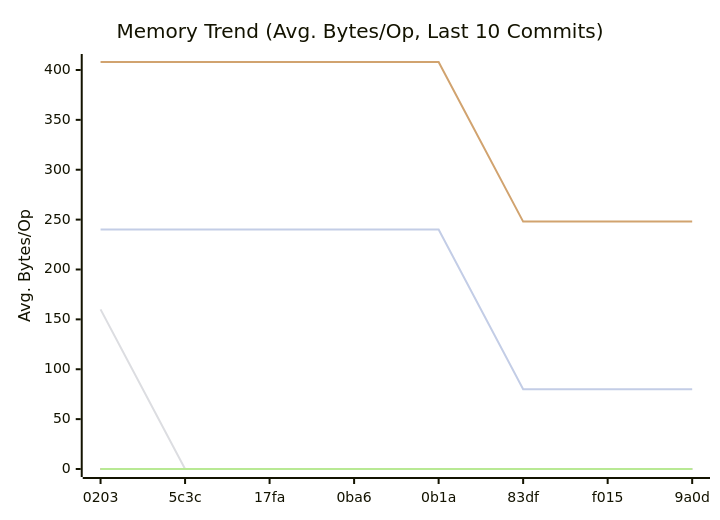
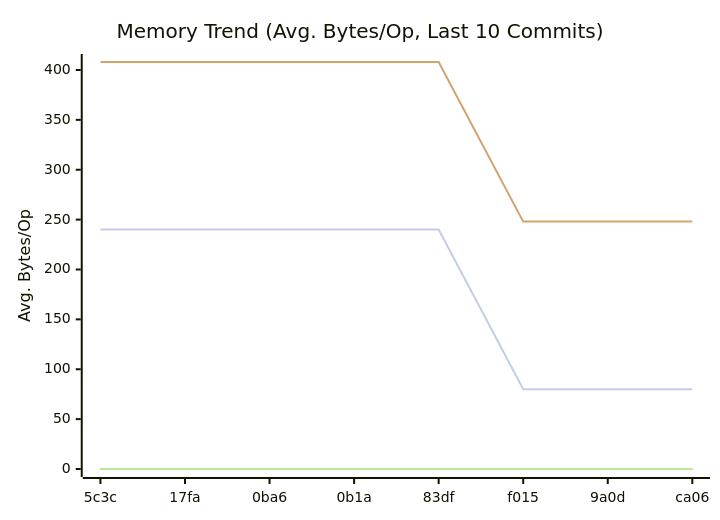
The second of 3 diagrams in docs/README.md (alsotoes/momo), drawn with Mermaid before and after one commit. The commit also changed other lines of this file and 1 other file, not shown here.

````diff
--- a/docs/README.md
+++ b/docs/README.md
@@ -203,14 +203,14 @@
 ```mermaid
 xychart-beta
     title "Memory Trend (Avg. Bytes/Op, Last 10 Commits)"
     x-axis "Commit"
     y-axis "Avg. Bytes/Op"
-    x-axis [0203,5c3c,17fa,0ba6,0b1a,83df,f015,9a0d]
+    x-axis [5c3c,17fa,0ba6,0b1a,83df,f015,9a0d,ca06]
     line "CheckMetricsAndSwap" [0,0,0,0,0,0,0,0,0,0]
     line "IndexDirectTracking" [0,0,0,0,0,0,0,0,0,0]
     line "IndexSearch" [0,0,0,0,0,0,0,0,0,0]
-    line "LoadGlobalConfig" [160,0,0,0,0,0,0,0,0,0]
+    line "LoadGlobalConfig" [0,0,0,0,0,0,0,0,0,0]
     line "PadString" [0,0,0,0,0,0,0,0,0,0]
     line "ParseReplicationOrder_NoPrealloc" [408,408,408,408,408,248,248,248,248,248]
     line "ParseReplicationOrder_Prealloc" [240,240,240,240,240,80,80,80,80,80]
 ```
````
